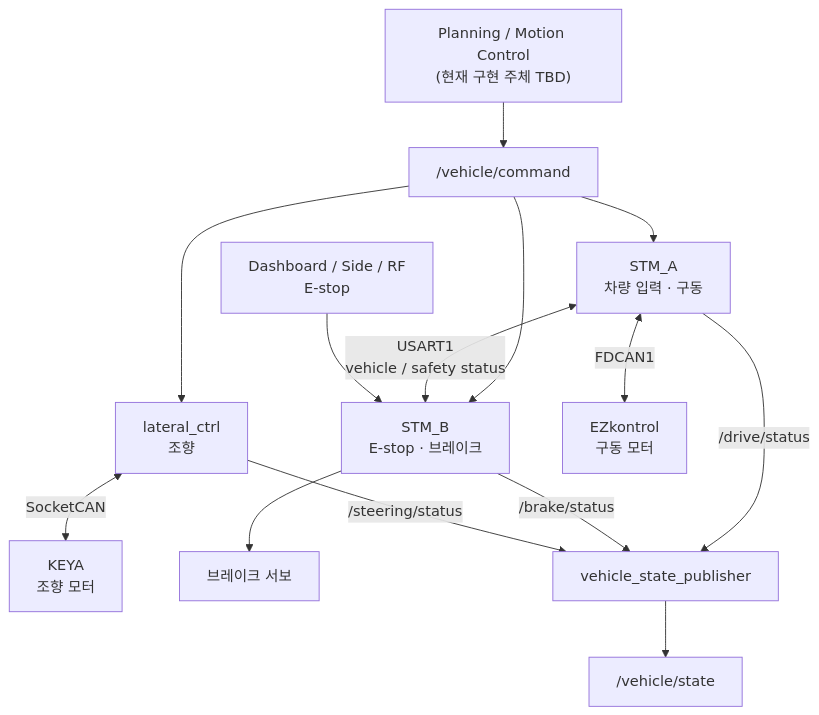
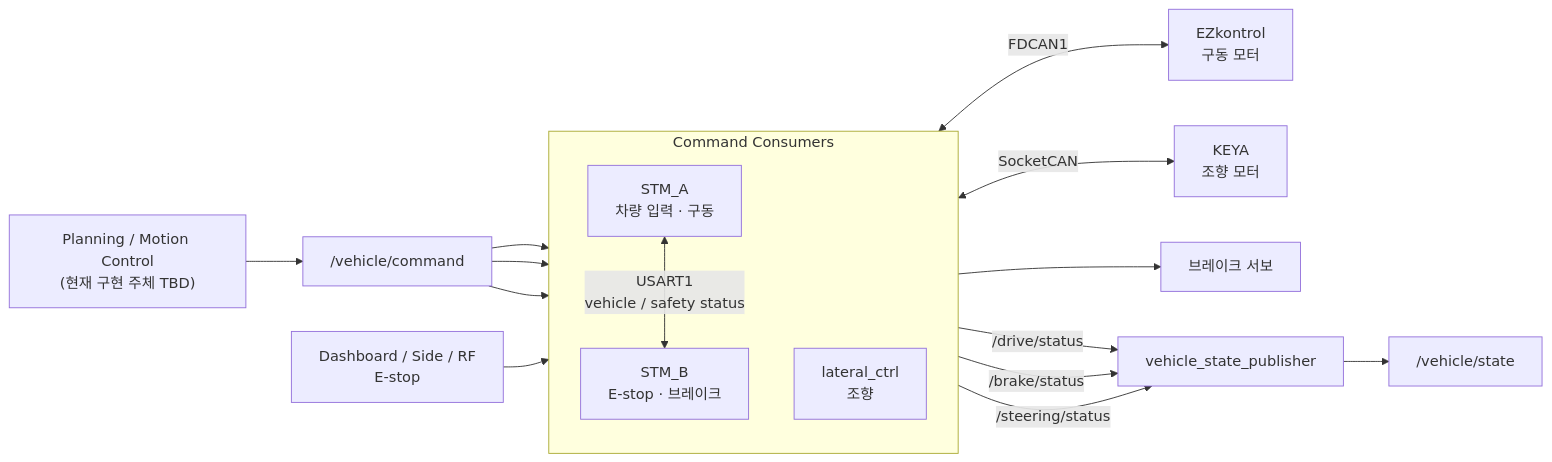
Before and after one commit to shinjuyeop/Control: the first of 2 diagrams in docs/ARCHITECTURE.md, drawn with Mermaid. The commit also changed other lines of this file and 6 other files, not shown here.

````diff
--- a/docs/ARCHITECTURE.md
+++ b/docs/ARCHITECTURE.md
@@ -12,28 +15,33 @@
 ```mermaid
-flowchart TD
+flowchart LR
     Planning["Planning / Motion Control<br/>(현재 구현 주체 TBD)"]
     Command["/vehicle/command"]
-    STMA["STM_A<br/>차량 입력 · 구동"]
-    STMB["STM_B<br/>E-stop · 브레이크"]
-    Steering["lateral_ctrl<br/>조향"]
+
+    subgraph Consumers["Command Consumers"]
+        direction TB
+        STMA["STM_A<br/>차량 입력 · 구동"]
+        STMB["STM_B<br/>E-stop · 브레이크"]
+        Steering["lateral_ctrl<br/>조향"]
+    end
+
     Drive["EZkontrol<br/>구동 모터"]
     Keya["KEYA<br/>조향 모터"]
     Estop["Dashboard / Side / RF<br/>E-stop"]
     Servo["브레이크 서보"]
     Fusion["vehicle_state_publisher"]
     State["/vehicle/state"]
 
     Planning --> Command
     Command --> STMA
     Command --> STMB
     Command --> Steering
     STMA <-->|"USART1<br/>vehicle / safety status"| STMB
     STMA <-->|"FDCAN1"| Drive
     Steering <-->|"SocketCAN"| Keya
     Estop --> STMB
     STMB --> Servo
     STMA -->|"/drive/status"| Fusion
     STMB -->|"/brake/status"| Fusion
     Steering -->|"/steering/status"| Fusion
     Fusion --> State
 ```
````
